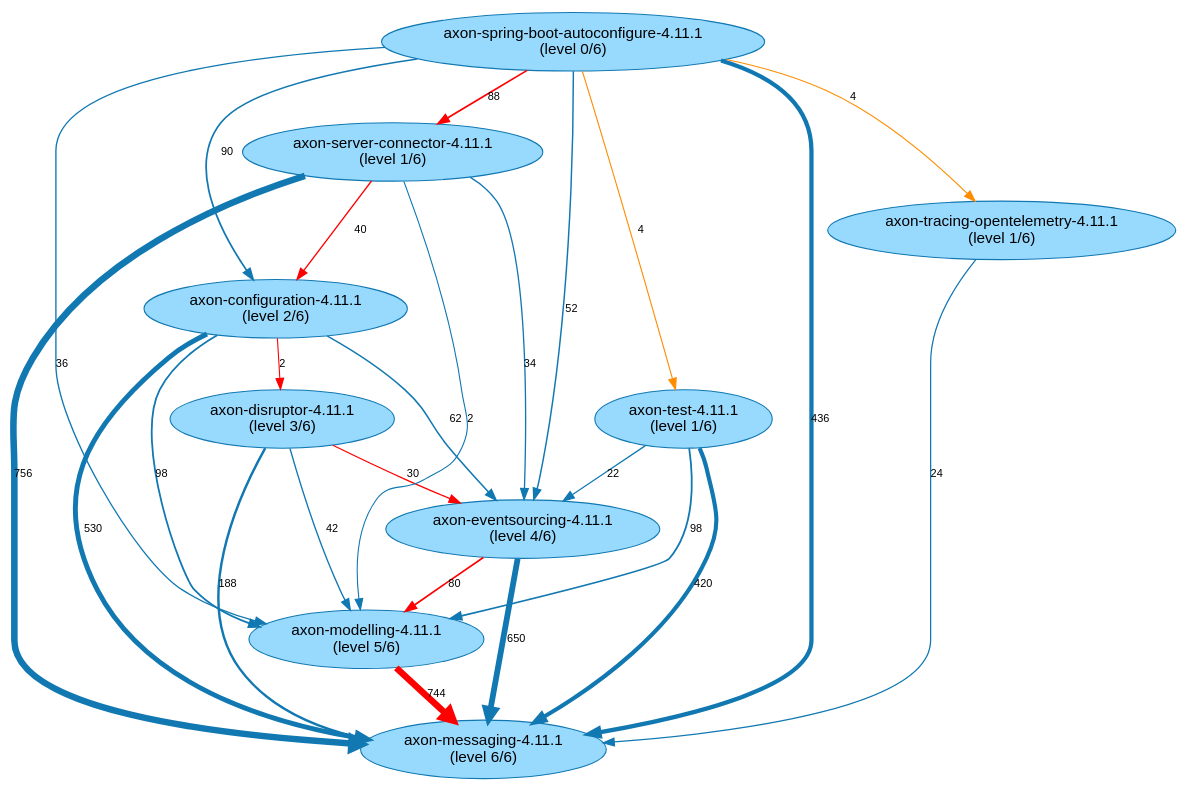
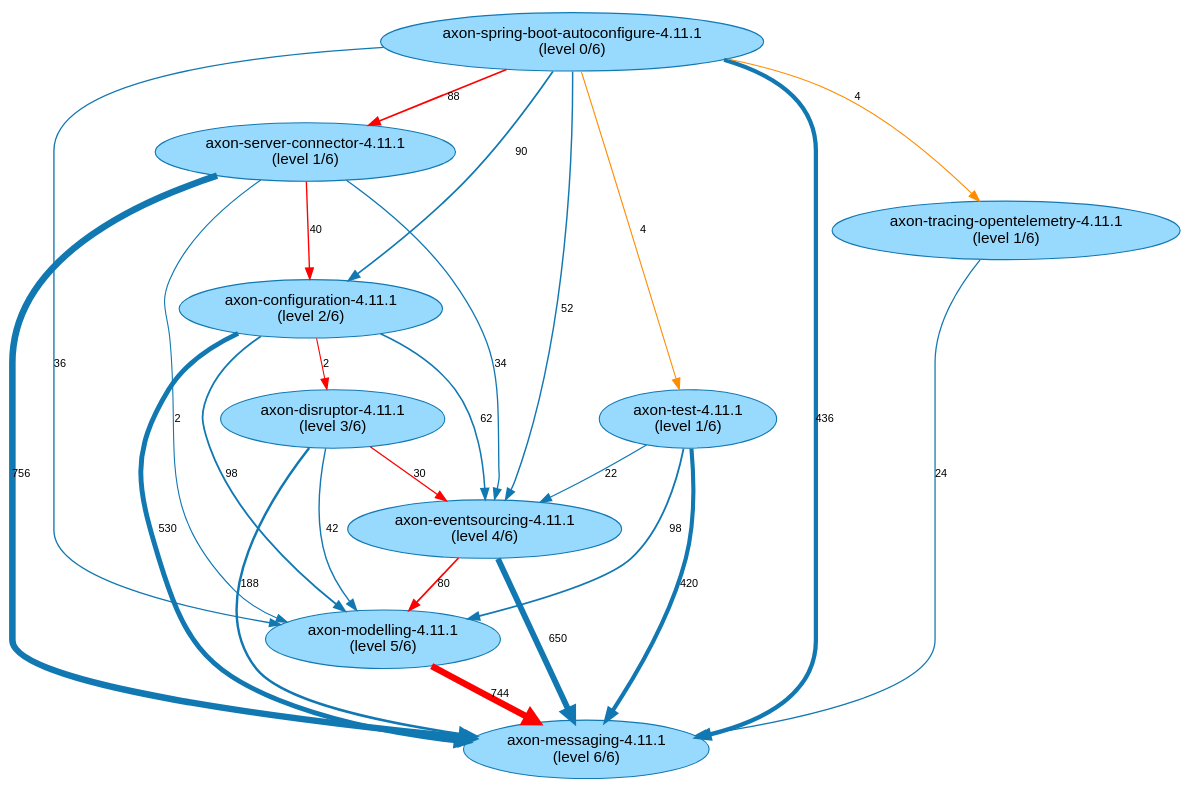
One commit to JohT/code-graph-analysis-examples changed the diagram in analysis-results/AxonFramework/latest/path-finding-visualization/JavaArtifactLongestPaths.gv. Above: the diagram before and after it, drawn with Graphviz. The commit also changed other lines of this file and 237 other files, not shown here.

```diff
--- a/analysis-results/AxonFramework/latest/path-finding-visualization/JavaArtifactLongestPaths.gv
+++ b/analysis-results/AxonFramework/latest/path-finding-visualization/JavaArtifactLongestPaths.gv
@@ -1,37 +1,37 @@
 // This GraphViz dot file was generated by the script convertQueryResultCsvToGraphVizDotFile.sh with default.template
 
 strict digraph JavaArtifactLongestPaths {
     fontname = "Helvetica,Arial,sans-serif";
     node [fontname = "Helvetica,Arial,sans-serif";];
     edge [fontname = "Helvetica,Arial,sans-serif"; fontsize = 10;];
     node [style = filled; fillcolor = "0.560 0.400 0.999";];
     node [color = "0.560 0.900 0.700";];
     edge [color = "0.560 0.900 0.700";];
+	"axon-configuration-4.11.1\n(level 2/6)" -> "axon-modelling-4.11.1\n(level 5/6)" [label=98; penwidth=1.64; ];
 	"axon-configuration-4.11.1\n(level 2/6)" -> "axon-eventsourcing-4.11.1\n(level 4/6)" [label=62; penwidth=1.4; ];
-	"axon-configuration-4.11.1\n(level 2/6)" -> "axon-modelling-4.11.1\n(level 5/6)" [label=98; penwidth=1.64; ];
 	"axon-configuration-4.11.1\n(level 2/6)" -> "axon-messaging-4.11.1\n(level 6/6)" [label=530; penwidth=4.5; ];
 	"axon-configuration-4.11.1\n(level 2/6)" -> "axon-disruptor-4.11.1\n(level 3/6)" [label=2; penwidth=1.0; color="red"; ];
 	"axon-spring-boot-autoconfigure-4.11.1\n(level 0/6)" -> "axon-server-connector-4.11.1\n(level 1/6)" [label=88; penwidth=1.57; color="red"; ];
 	"axon-spring-boot-autoconfigure-4.11.1\n(level 0/6)" -> "axon-messaging-4.11.1\n(level 6/6)" [label=436; penwidth=3.88; ];
 	"axon-spring-boot-autoconfigure-4.11.1\n(level 0/6)" -> "axon-configuration-4.11.1\n(level 2/6)" [label=90; penwidth=1.58; ];
 	"axon-spring-boot-autoconfigure-4.11.1\n(level 0/6)" -> "axon-modelling-4.11.1\n(level 5/6)" [label=36; penwidth=1.23; ];
 	"axon-spring-boot-autoconfigure-4.11.1\n(level 0/6)" -> "axon-eventsourcing-4.11.1\n(level 4/6)" [label=52; penwidth=1.33; ];
 	"axon-spring-boot-autoconfigure-4.11.1\n(level 0/6)" -> "axon-tracing-opentelemetry-4.11.1\n(level 1/6)" [label=4; penwidth=1.01; ];
 	"axon-spring-boot-autoconfigure-4.11.1\n(level 0/6)" -> "axon-test-4.11.1\n(level 1/6)" [label=4; penwidth=1.01; ];
 	"axon-server-connector-4.11.1\n(level 1/6)" -> "axon-messaging-4.11.1\n(level 6/6)" [label=756; penwidth=6.0; ];
 	"axon-server-connector-4.11.1\n(level 1/6)" -> "axon-configuration-4.11.1\n(level 2/6)" [label=40; penwidth=1.25; color="red"; ];
+	"axon-server-connector-4.11.1\n(level 1/6)" -> "axon-eventsourcing-4.11.1\n(level 4/6)" [label=34; penwidth=1.21; ];
 	"axon-server-connector-4.11.1\n(level 1/6)" -> "axon-modelling-4.11.1\n(level 5/6)" [label=2; penwidth=1.0; ];
-	"axon-server-connector-4.11.1\n(level 1/6)" -> "axon-eventsourcing-4.11.1\n(level 4/6)" [label=34; penwidth=1.21; ];
 	"axon-modelling-4.11.1\n(level 5/6)" -> "axon-messaging-4.11.1\n(level 6/6)" [label=744; penwidth=5.92; color="red"; ];
 	"axon-eventsourcing-4.11.1\n(level 4/6)" -> "axon-messaging-4.11.1\n(level 6/6)" [label=650; penwidth=5.3; ];
 	"axon-eventsourcing-4.11.1\n(level 4/6)" -> "axon-modelling-4.11.1\n(level 5/6)" [label=80; penwidth=1.52; color="red"; ];
+	"axon-disruptor-4.11.1\n(level 3/6)" -> "axon-modelling-4.11.1\n(level 5/6)" [label=42; penwidth=1.27; ];
 	"axon-disruptor-4.11.1\n(level 3/6)" -> "axon-messaging-4.11.1\n(level 6/6)" [label=188; penwidth=2.23; ];
-	"axon-disruptor-4.11.1\n(level 3/6)" -> "axon-modelling-4.11.1\n(level 5/6)" [label=42; penwidth=1.27; ];
 	"axon-disruptor-4.11.1\n(level 3/6)" -> "axon-eventsourcing-4.11.1\n(level 4/6)" [label=30; penwidth=1.19; color="red"; ];
 	"axon-tracing-opentelemetry-4.11.1\n(level 1/6)" -> "axon-messaging-4.11.1\n(level 6/6)" [label=24; penwidth=1.15; ];
 	"axon-test-4.11.1\n(level 1/6)" -> "axon-messaging-4.11.1\n(level 6/6)" [label=420; penwidth=3.77; ];
 	"axon-test-4.11.1\n(level 1/6)" -> "axon-modelling-4.11.1\n(level 5/6)" [label=98; penwidth=1.64; ];
 	"axon-test-4.11.1\n(level 1/6)" -> "axon-eventsourcing-4.11.1\n(level 4/6)" [label=22; penwidth=1.13; ];
 	"axon-spring-boot-autoconfigure-4.11.1\n(level 0/6)" -> "axon-tracing-opentelemetry-4.11.1\n(level 1/6)" [label=4; penwidth=1.01; color="darkorange"; ];
 	"axon-spring-boot-autoconfigure-4.11.1\n(level 0/6)" -> "axon-test-4.11.1\n(level 1/6)" [label=4; penwidth=1.01; color="darkorange"; ];
 }
```
